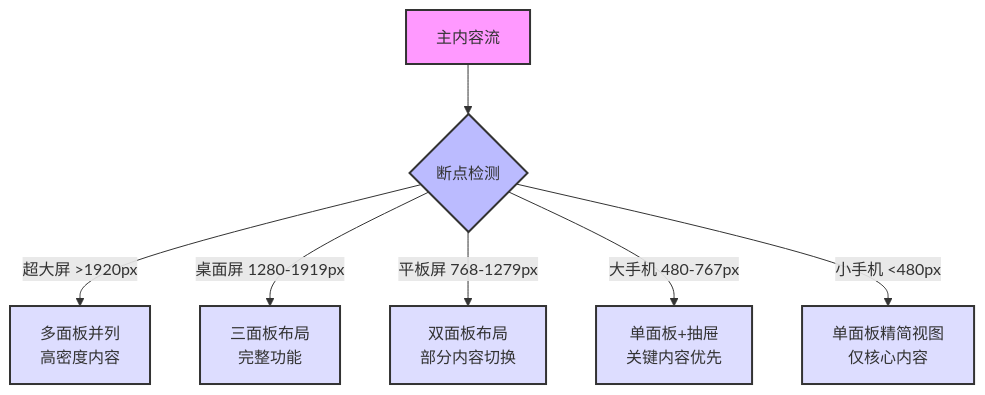
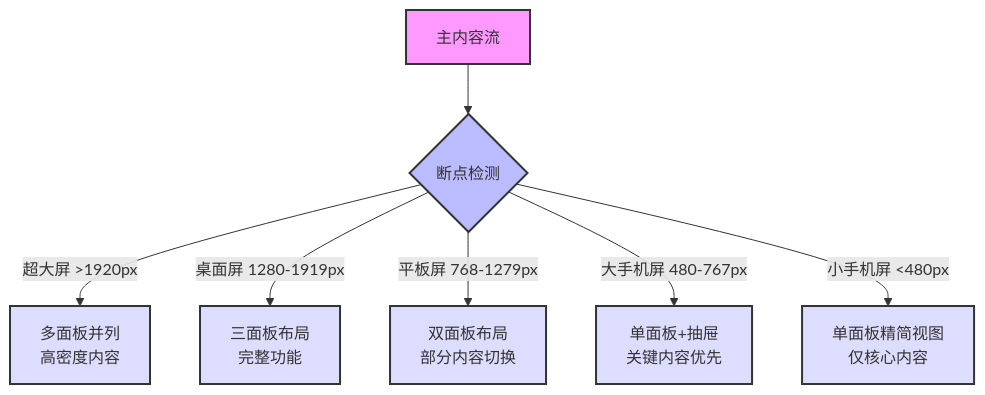
Before and after one commit to amcoimg/my-digital-garden: the third of 6 diagrams in src/site/notes/知识共享/001_财务/02_财务BI看板项目/看板架构设计/整体架构规划/多端适配策略.md, drawn with Mermaid. The commit also changed other lines of this file and 16 other files, not shown here.

````diff
--- a/src/site/notes/知识共享/001_财务/02_财务BI看板项目/看板架构设计/整体架构规划/多端适配策略.md
+++ b/src/site/notes/知识共享/001_财务/02_财务BI看板项目/看板架构设计/整体架构规划/多端适配策略.md
@@ -108,18 +108,24 @@
 ```mermaid
 graph TD
-    A[主内容流] --> B{断点检测}
+    A[主内容流] --> B{断点检测};
     
-    B -->|超大屏 >1920px| C[多面板并列<br>高密度内容]
-    B -->|桌面屏 1280-1919px| D[三面板布局<br>完整功能]
-    B -->|平板屏 768-1279px| E[双面板布局<br>部分内容切换]
-    B -->|大手机 480-767px| F[单面板+抽屉<br>关键内容优先]
-    B -->|小手机 <480px| G[单面板精简视图<br>仅核心内容]
+    C["多面板并列<br>高密度内容"];
+    D["三面板布局<br>完整功能"];
+    E["双面板布局<br>部分内容切换"];
+    F["单面板+抽屉<br>关键内容优先"];
+    G["单面板精简视图<br>仅核心内容"];
     
-    style A fill:#f9f,stroke:#333,stroke-width:2px
-    style B fill:#bbf,stroke:#333,stroke-width:2px
-    style C fill:#ddf,stroke:#333,stroke-width:2px
-    style D fill:#ddf,stroke:#333,stroke-width:2px
-    style E fill:#ddf,stroke:#333,stroke-width:2px
-    style F fill:#ddf,stroke:#333,stroke-width:2px
-    style G fill:#ddf,stroke:#333,stroke-width:2px
+    B -- "超大屏 >1920px" --> C;
+    B -- "桌面屏 1280-1919px" --> D;
+    B -- "平板屏 768-1279px" --> E;
+    B -- "大手机屏 480-767px" --> F;
+    B -- "小手机屏 <480px" --> G;
+    
+    style A fill:#f9f,stroke:#333,stroke-width:2px;
+    style B fill:#bbf,stroke:#333,stroke-width:2px;
+    style C fill:#ddf,stroke:#333,stroke-width:2px;
+    style D fill:#ddf,stroke:#333,stroke-width:2px;
+    style E fill:#ddf,stroke:#333,stroke-width:2px;
+    style F fill:#ddf,stroke:#333,stroke-width:2px;
+    style G fill:#ddf,stroke:#333,stroke-width:2px;
 ```
````
